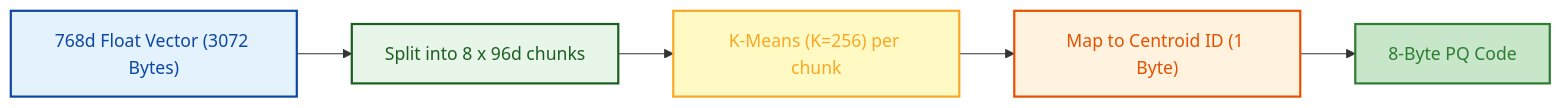
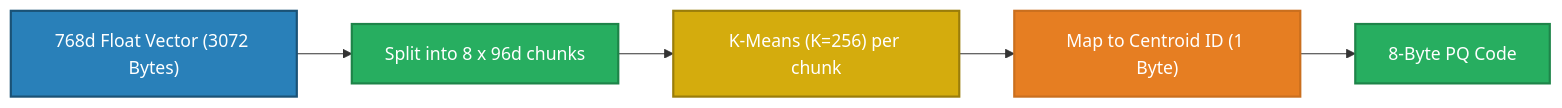
One commit to GyanendraChaubey/AI-Engineering-Notes changed the third of 4 diagrams in docs/05-vector-databases/README.md. Above: the diagram before and after it, drawn with Mermaid. The commit also changed other lines of this file and 15 other files, not shown here.

Commit message:
style: replace all Mermaid diagram colors with saturated palette + white text for dark mode compatibility (321 changes across 16 files)

````diff
--- a/docs/05-vector-databases/README.md
+++ b/docs/05-vector-databases/README.md
@@ -146,12 +146,12 @@
 ```mermaid
 flowchart LR
     A["768d Float Vector (3072 Bytes)"] --> B["Split into 8 x 96d chunks"]
     B --> C["K-Means (K=256) per chunk"]
     C --> D["Map to Centroid ID (1 Byte)"]
     D --> E["8-Byte PQ Code"]
-    style A fill:#e3f2fd,stroke:#0d47a1,stroke-width:2px,color:#0d47a1
-    style B fill:#e8f5e9,stroke:#1b5e20,stroke-width:2px,color:#1b5e20
-    style C fill:#fff9c4,stroke:#f9a825,stroke-width:2px,color:#f9a825
-    style D fill:#fff3e0,stroke:#e65100,stroke-width:2px,color:#e65100
-    style E fill:#c8e6c9,stroke:#2e7d32,stroke-width:2px,color:#2e7d32
+    style A fill:#2980B9,stroke:#1A5276,stroke-width:2px,color:#FFFFFF
+    style B fill:#27AE60,stroke:#1E8449,stroke-width:2px,color:#FFFFFF
+    style C fill:#D4AC0D,stroke:#9A7D0A,stroke-width:2px,color:#FFFFFF
+    style D fill:#E67E22,stroke:#CA6F1E,stroke-width:2px,color:#FFFFFF
+    style E fill:#27AE60,stroke:#1E8449,stroke-width:2px,color:#FFFFFF
 ```
````
